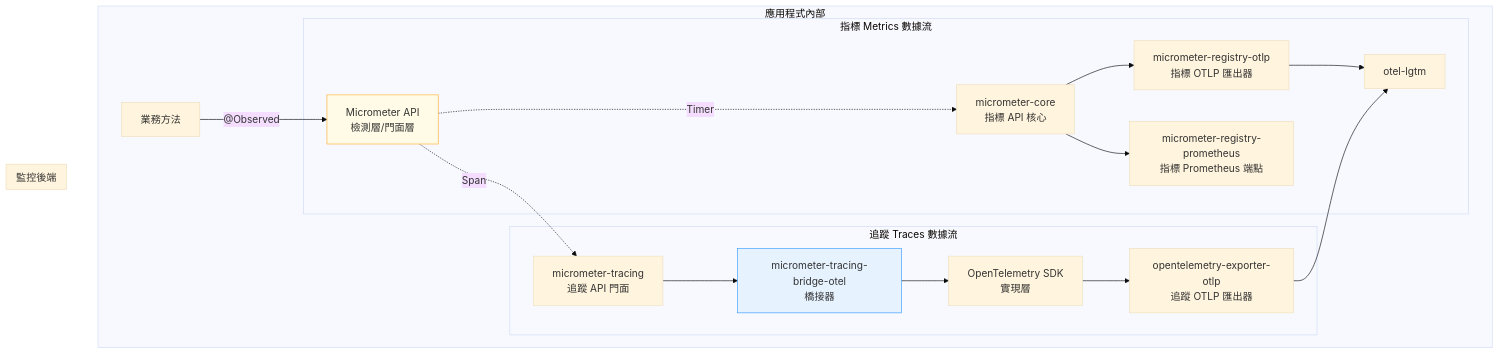
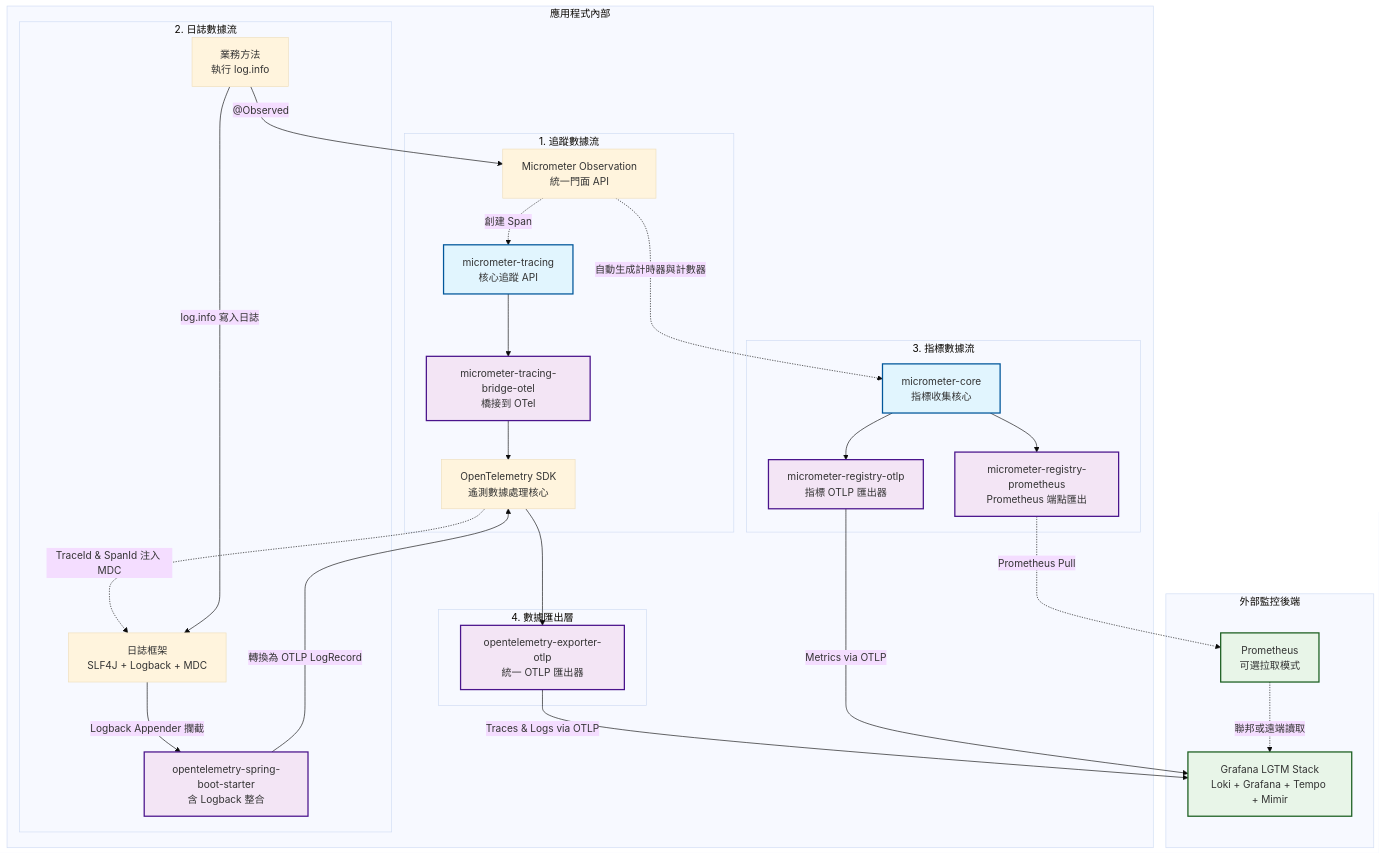
The third of 4 diagrams in README.md (samzhu/demo-springboot-250613), drawn with Mermaid (base theme) before and after one commit. The commit also changed other lines of this file, not shown here.

Commit message:
擴充 README.md 文件，新增 OpenAPI 生成配置選項的詳細說明，包括介面生成、Spring Boot 3 相容性、標籤分組及回傳型別設定，並強調強制處理未處理例外的目的，提升開發者對配置選項的理解與使用便利性。

````diff
--- a/README.md
+++ b/README.md
@@ -790,28 +829,47 @@
 ```mermaid
 graph TD
     subgraph APP["應用程式內部"]
-        A["業務方法"] -->|"@Observed"| B["Micrometer API<br/>檢測層/門面層"]
+        A["業務方法<br/>執行 log.info"] -->|"@Observed"| B["Micrometer Observation<br/>統一門面 API"]
 
-        subgraph METRICS["指標 Metrics 數據流"]
-            B -.->|"Timer"| C_M["micrometer-core<br/>指標 API 核心"]
-            C_M --> D_M1["micrometer-registry-otlp<br/>指標 OTLP 匯出器"]
-            D_M1 --> E
-            C_M --> D_M2["micrometer-registry-prometheus<br/>指標 Prometheus 端點"]
+        subgraph TRACES["1. 追蹤數據流"]
+            B -.->|"創建 Span"| C_T["micrometer-tracing<br/>核心追蹤 API"]
+            C_T --> D_T["micrometer-tracing-bridge-otel<br/>橋接到 OTel"]
+            D_T --> F_T["OpenTelemetry SDK<br/>遙測數據處理核心"]
         end
 
-        subgraph TRACES["追蹤 Traces 數據流"]
-            B -.->|"Span"| C_T["micrometer-tracing<br/>追蹤 API 門面"]
-            C_T --> D_T["micrometer-tracing-bridge-otel<br/>橋接器"]
-            D_T --> F_T["OpenTelemetry SDK<br/>實現層"]
-            F_T --> G_T["opentelemetry-exporter-otlp<br/>追蹤 OTLP 匯出器"]
-            G_T --> E
+        subgraph LOGS["2. 日誌數據流"]
+            F_T -.->|"TraceId & SpanId 注入 MDC"| H_L["日誌框架<br/>SLF4J + Logback + MDC"]
+            A -->|"log.info 寫入日誌"| H_L
+            H_L -->|"Logback Appender 攔截"| I_L["opentelemetry-spring-boot-starter<br/>含 Logback 整合"]
+            I_L -->|"轉換為 OTLP LogRecord"| F_T
+        end
+
+        subgraph METRICS["3. 指標數據流"]
+            B -.->|"自動生成計時器與計數器"| C_M["micrometer-core<br/>指標收集核心"]
+            C_M --> D_M1["micrometer-registry-otlp<br/>指標 OTLP 匯出器"]
+            C_M --> D_M2["micrometer-registry-prometheus<br/>Prometheus 端點匯出"]
+        end
+
+        subgraph EXPORT["4. 數據匯出層"]
+            F_T --> G_T["opentelemetry-exporter-otlp<br/>統一 OTLP 匯出器"]
         end
     end
 
-    subgraph BACKEND["監控後端"]
-        E["otel-lgtm"]
+    subgraph BACKEND["外部監控後端"]
+        L["Grafana LGTM Stack<br/>Loki + Grafana + Tempo + Mimir"]
+        P["Prometheus<br/>可選拉取模式"]
     end
+    
+    G_T -->|"Traces & Logs via OTLP"| L
+    D_M1 -->|"Metrics via OTLP"| L
+    D_M2 -.->|"Prometheus Pull"| P
+    P -.->|"聯邦或遠端讀取"| L
 
-    style B fill:#fffbe6,stroke:#ffad33
-    style D_T fill:#e6f3ff,stroke:#3399ff
+    classDef dependency fill:#e1f5fe,stroke:#01579b,stroke-width:2px
+    classDef exporter fill:#f3e5f5,stroke:#4a148c,stroke-width:2px
+    classDef backend fill:#e8f5e8,stroke:#1b5e20,stroke-width:2px
+    
+    class C_T,C_M dependency
+    class D_T,D_M1,D_M2,G_T,I_L exporter
+    class L,P backend
 ```
````
